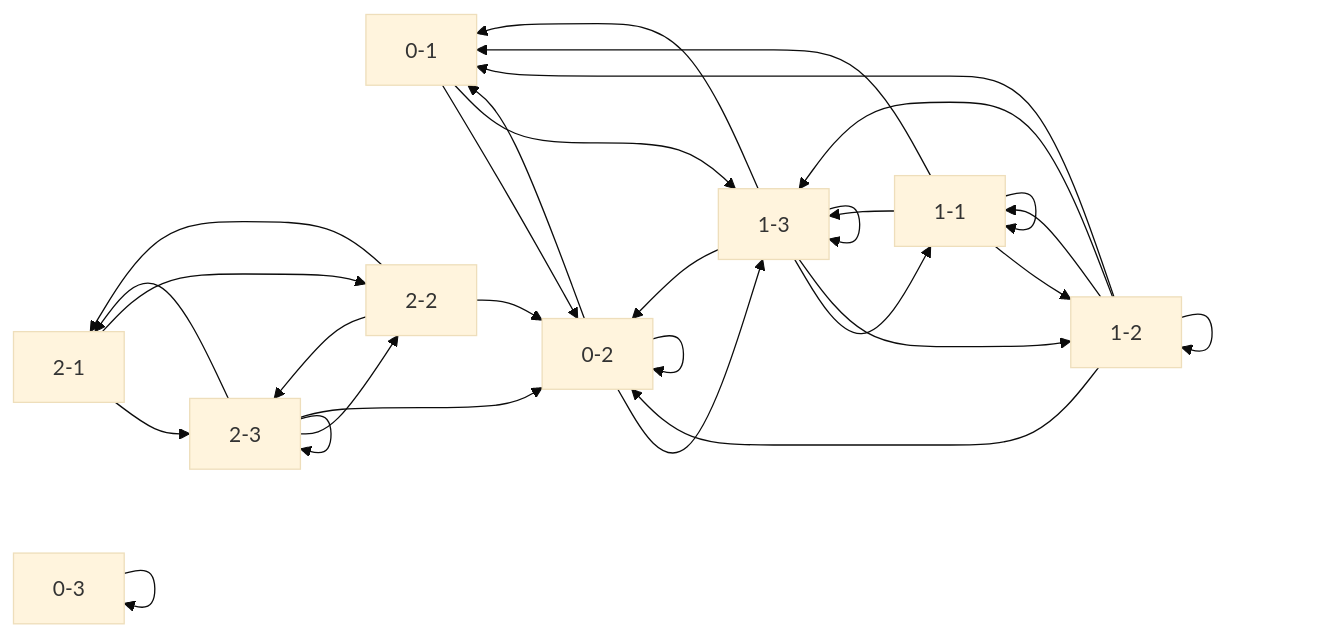
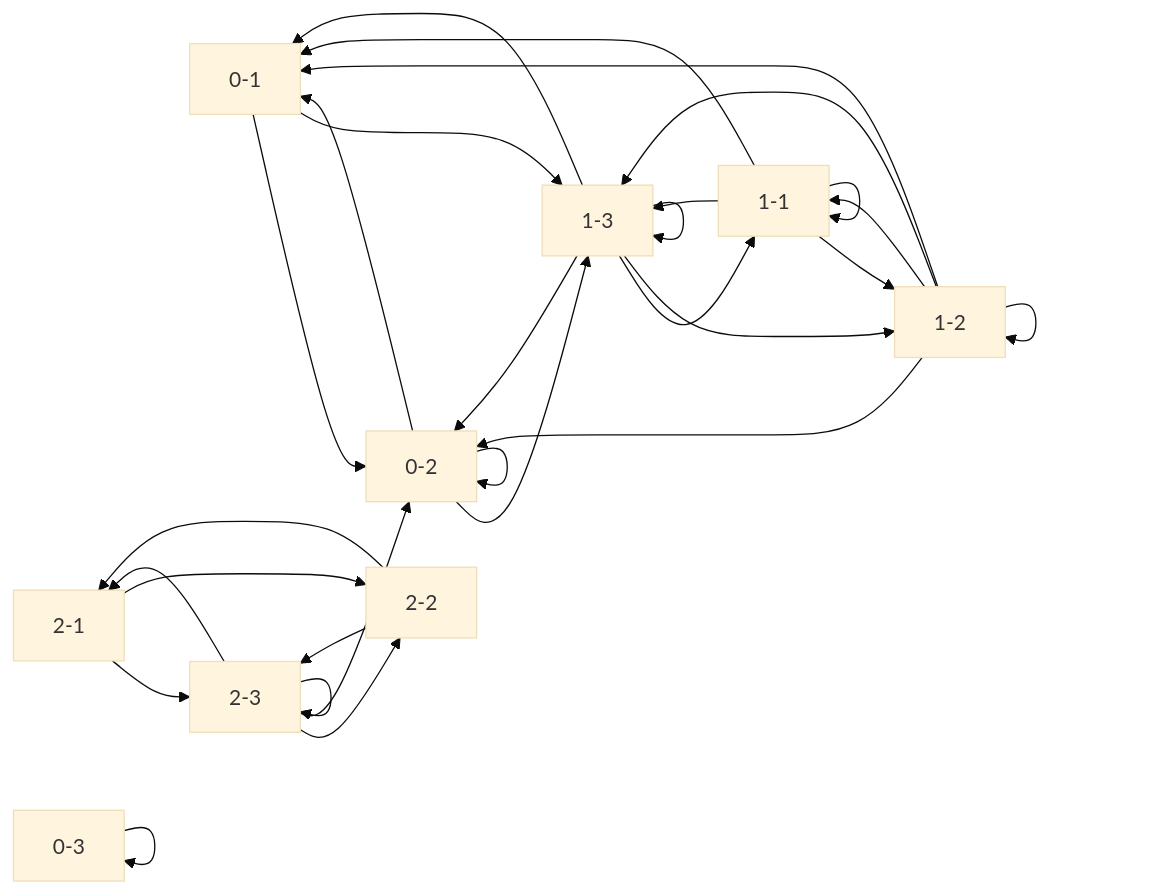
The diagram in tools/ref_graph.mmd (formkk/Ashport_Ourdream), drawn with Mermaid (base theme) before and after one commit. The commit also changed 2 other files, not shown here.

```diff
--- a/tools/ref_graph.mmd
+++ b/tools/ref_graph.mmd
@@ -1,42 +1,41 @@
 graph LR
     0-1["0-1"]
     0-2["0-2"]
     0-3["0-3"]
     1-1["1-1"]
     1-2["1-2"]
     1-3["1-3"]
     2-1["2-1"]
     2-2["2-2"]
     2-3["2-3"]
 
     0-1 --> 0-2
     0-1 --> 1-3
     0-2 --> 0-2
     0-2 --> 0-1
     0-2 --> 1-3
     0-3 --> 0-3
     1-1 --> 1-3
     1-1 --> 1-2
     1-1 --> 0-1
     1-1 --> 1-1
     1-2 --> 1-1
     1-2 --> 1-3
     1-2 --> 0-1
     1-2 --> 0-2
     1-2 --> 1-2
     1-3 --> 1-3
     1-3 --> 1-1
     1-3 --> 0-2
     1-3 --> 1-2
     1-3 --> 0-1
     2-1 --> 2-3
     2-1 --> 2-2
-    2-2 --> 0-2
     2-2 --> 2-3
     2-2 --> 2-1
     2-3 --> 2-1
     2-3 --> 2-3
     2-3 --> 2-2
     2-3 --> 0-2
 
 %% 断链引用
```
